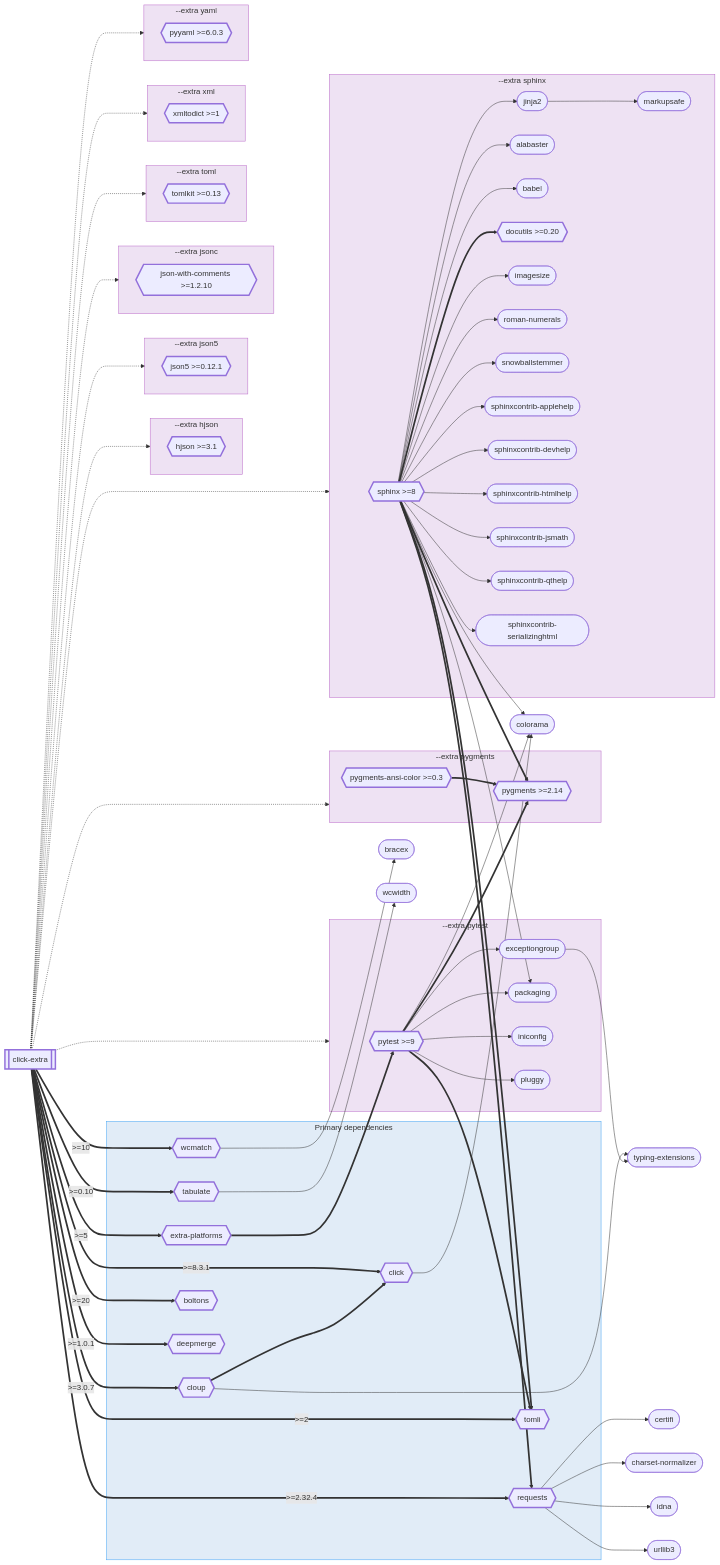
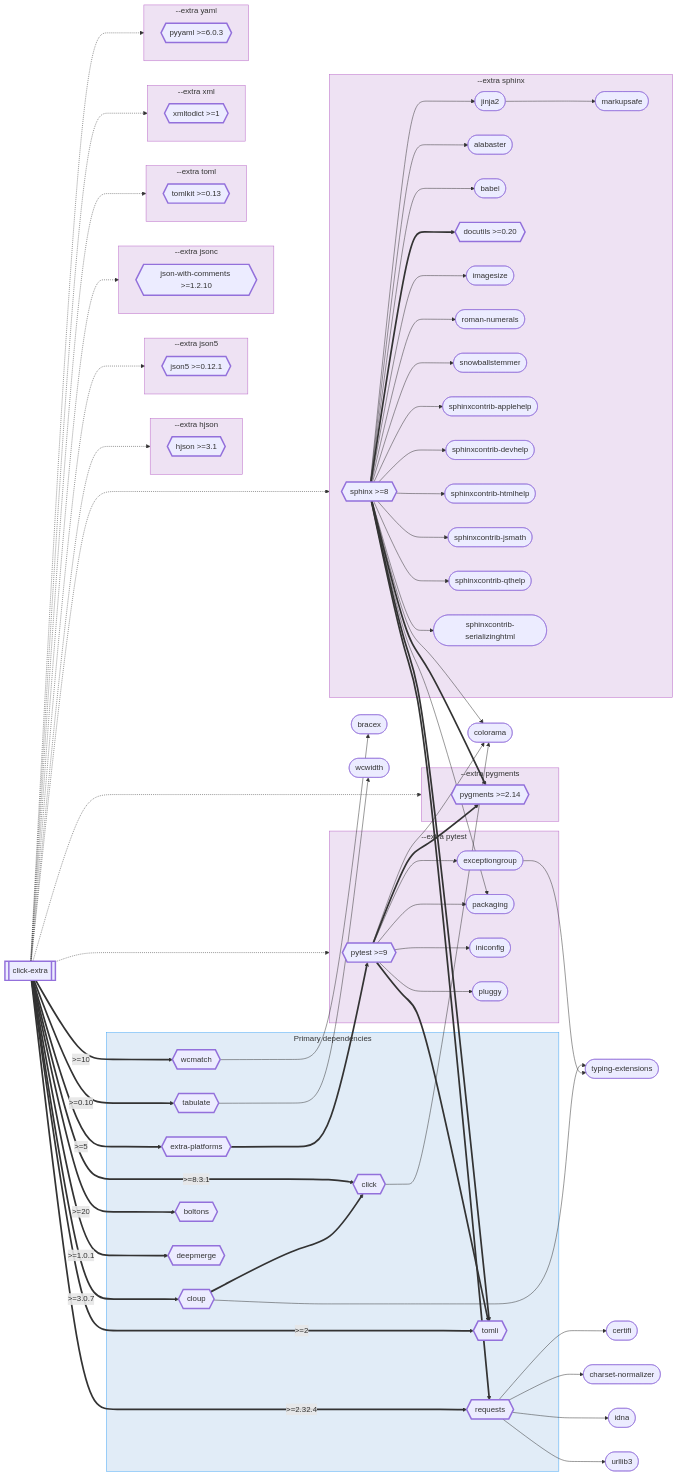
One commit to kdeldycke/click-extra changed the diagram in docs/assets/dependencies.mmd. Above: the diagram before and after it, drawn with Mermaid.

Commit message:
Regenerate dependency graph

```diff
--- a/docs/assets/dependencies.mmd
+++ b/docs/assets/dependencies.mmd
@@ -36,7 +36,6 @@
 
     subgraph ext_pygments [--extra pygments]
         pygments{{"`pygments >=2.14`"}}
-        pygments_ansi_color{{"`pygments-ansi-color >=0.3`"}}
     end
 
     subgraph ext_pytest [--extra pytest]
@@ -87,10 +86,10 @@
     click_extra ==>|" >=20 "| boltons
     click_extra ==>|" >=1.0.1 "| deepmerge
     sphinx ==> requests
-    sphinx ==> pygments
     sphinx --> colorama
     sphinx --> jinja2
     sphinx --> packaging
+    sphinx ==> pygments
     sphinx ==> tomli
     sphinx --> alabaster
     sphinx --> babel
@@ -104,10 +103,10 @@
     sphinx --> sphinxcontrib_jsmath
     sphinx --> sphinxcontrib_qthelp
     sphinx --> sphinxcontrib_serializinghtml
-    pytest ==> pygments
     pytest --> colorama
     pytest --> exceptiongroup
     pytest --> packaging
+    pytest ==> pygments
     pytest ==> tomli
     pytest --> iniconfig
     pytest --> pluggy
@@ -121,7 +120,6 @@
     exceptiongroup --> typing_extensions
     jinja2 --> markupsafe
     extra_platforms ==> pytest
-    pygments_ansi_color ==> pygments
     tabulate --> wcwidth
     wcmatch --> bracex
     click_extra -.-> ext_hjson
@@ -159,7 +157,6 @@
     click packaging "https://pypi.org/project/packaging/" _blank
     click pluggy "https://pypi.org/project/pluggy/" _blank
     click pygments "https://pypi.org/project/pygments/" _blank
-    click pygments_ansi_color "https://pypi.org/project/pygments-ansi-color/" _blank
     click pytest "https://pypi.org/project/pytest/" _blank
     click pyyaml "https://pypi.org/project/pyyaml/" _blank
     click requests "https://pypi.org/project/requests/" _blank
@@ -192,7 +189,6 @@
     style json_with_comments stroke-width:3px
     style json5 stroke-width:3px
     style pygments stroke-width:3px
-    style pygments_ansi_color stroke-width:3px
     style pytest stroke-width:3px
     style pyyaml stroke-width:3px
     style requests stroke-width:3px
```
